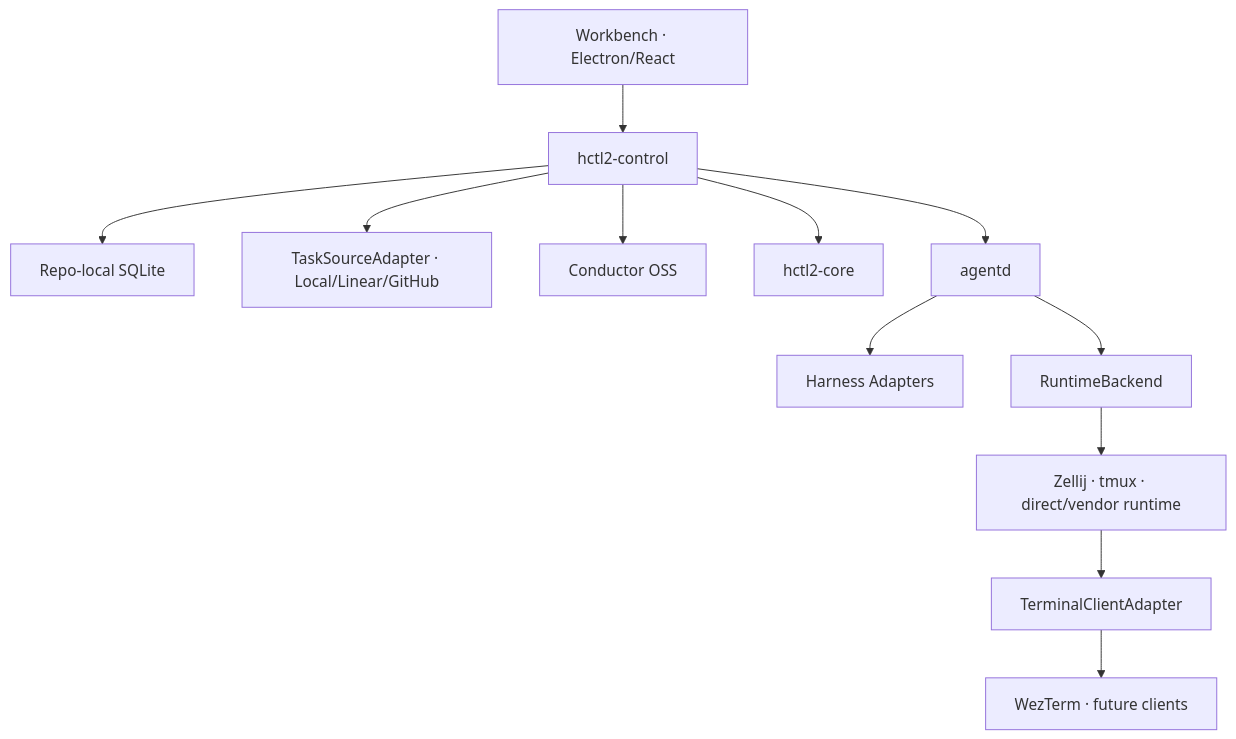
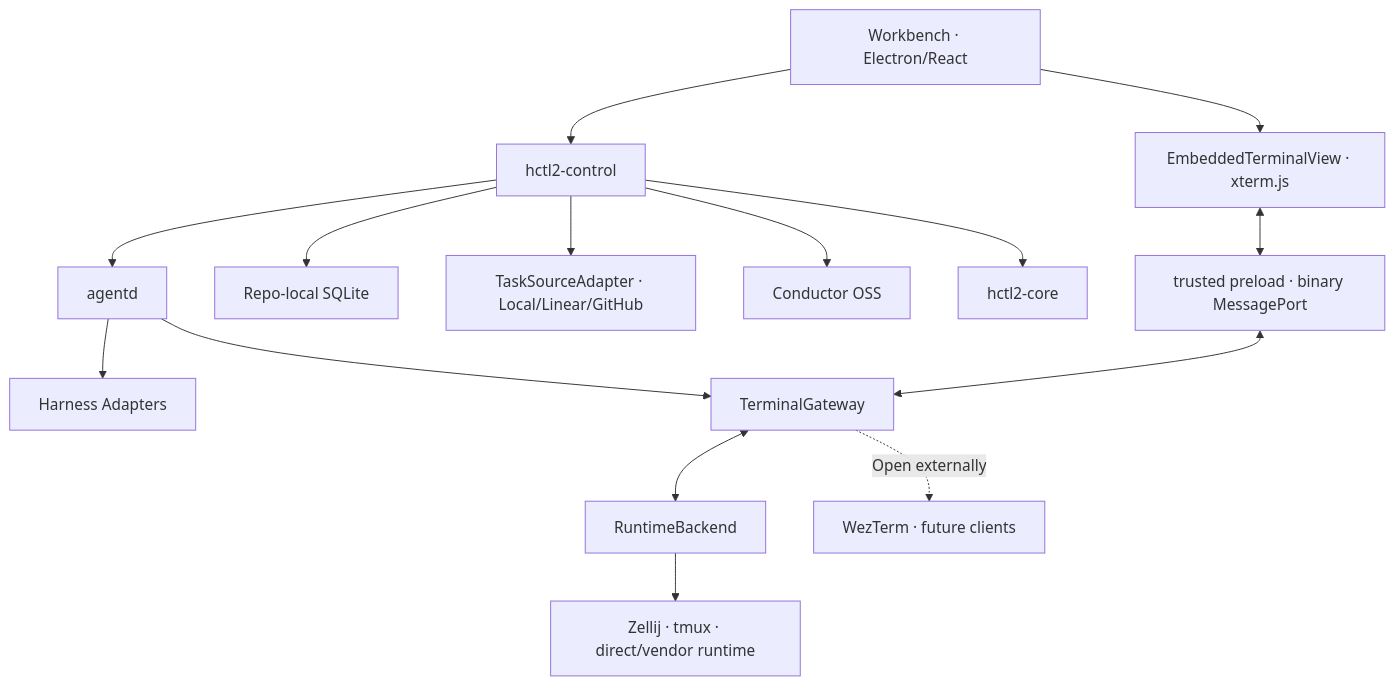
The second of 2 diagrams in DESIGN_DOC.md (yesme/hctl2), drawn with Mermaid before and after one commit. The commit also changed other lines of this file, not shown here.

````diff
--- a/DESIGN_DOC.md
+++ b/DESIGN_DOC.md
@@ -1629,14 +1755,17 @@
 ```mermaid
 flowchart TD
     UI["Workbench · Electron/React"] --> C["hctl2-control"]
+    UI --> XT["EmbeddedTerminalView · xterm.js"]
+    XT <--> EB["trusted preload · binary MessagePort"]
     C --> DB["Repo-local SQLite"]
     C --> TS["TaskSourceAdapter · Local/Linear/GitHub"]
     C --> WF["Conductor OSS"]
     C --> CORE["hctl2-core"]
     C --> AD["agentd"]
     AD --> HA["Harness Adapters"]
-    AD --> RB["RuntimeBackend"]
+    AD --> TG["TerminalGateway"]
+    EB <--> TG
+    TG <--> RB["RuntimeBackend"]
     RB --> RT["Zellij · tmux · direct/vendor runtime"]
-    RT --> TC["TerminalClientAdapter"]
-    TC --> W["WezTerm · future clients"]
+    TG -. "Open externally" .-> W["WezTerm · future clients"]
 ```
````
